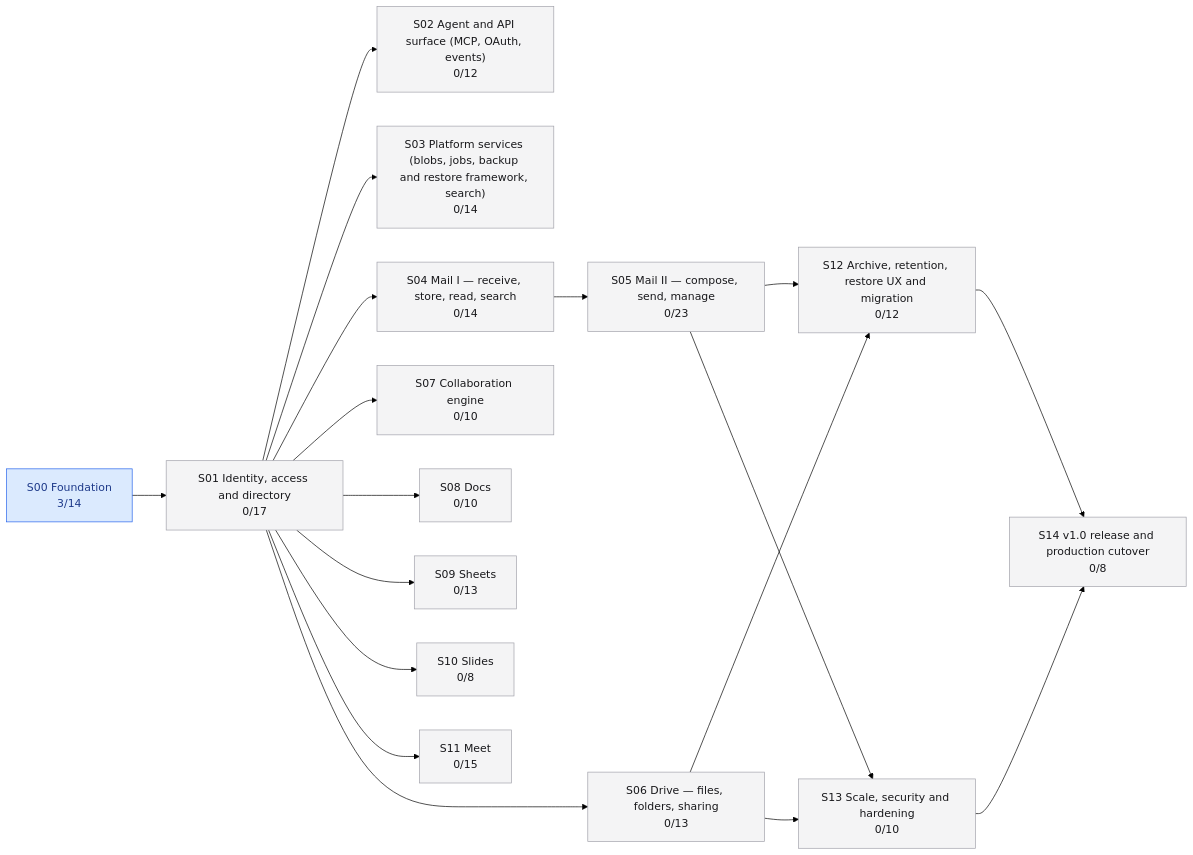
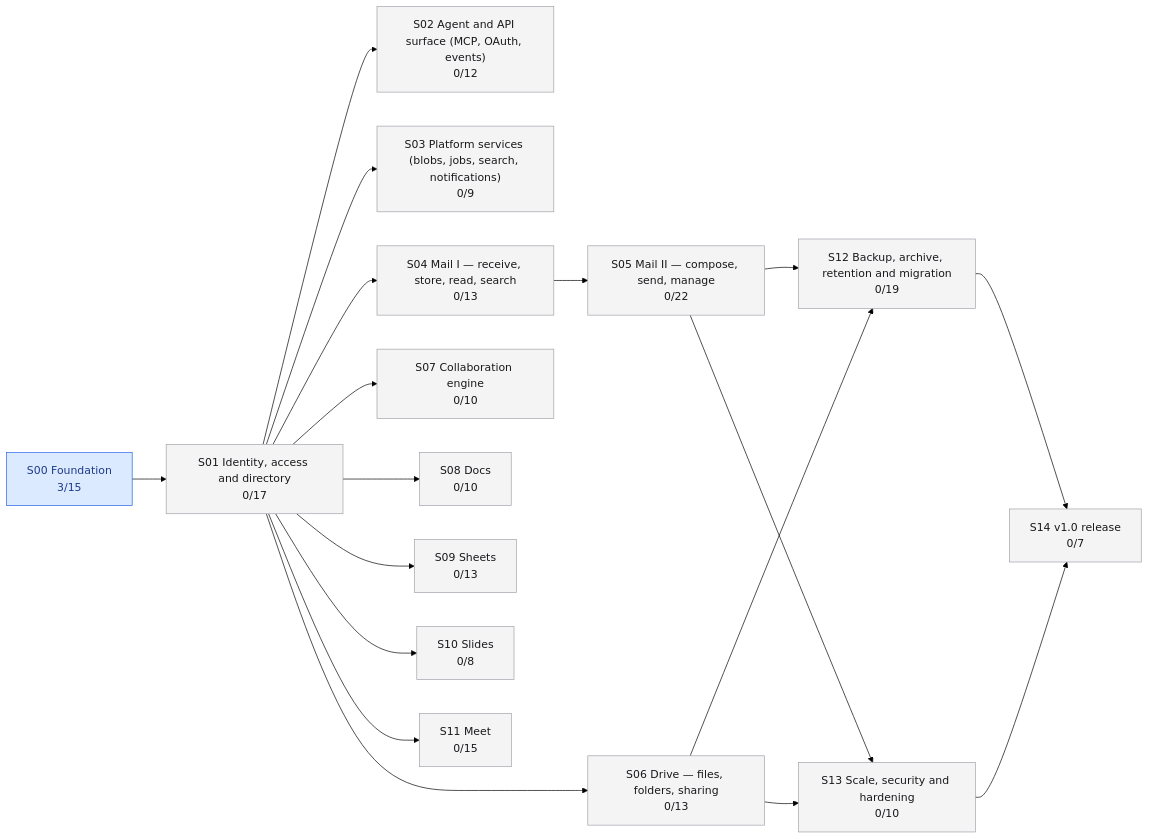
One commit to jaredwray/soldock changed the diagram in plan/STATUS.md. Above: the diagram before and after it, drawn with Mermaid (forest theme). The commit also changed other lines of this file and 42 other files, not shown here.

````diff
--- a/plan/STATUS.md
+++ b/plan/STATUS.md
@@ -51,38 +52,38 @@
 ```mermaid
 graph LR
-  S00["S00 Foundation<br/>3/14"]:::active
+  S00["S00 Foundation<br/>3/15"]:::active
   S01["S01 Identity, access and directory<br/>0/17"]:::planned
   S02["S02 Agent and API surface (MCP, OAuth, events)<br/>0/12"]:::planned
-  S03["S03 Platform services (blobs, jobs, backup and restore framework, search)<br/>0/14"]:::planned
-  S04["S04 Mail I — receive, store, read, search<br/>0/14"]:::planned
-  S05["S05 Mail II — compose, send, manage<br/>0/23"]:::planned
+  S03["S03 Platform services (blobs, jobs, search, notifications)<br/>0/9"]:::planned
+  S04["S04 Mail I — receive, store, read, search<br/>0/13"]:::planned
+  S05["S05 Mail II — compose, send, manage<br/>0/22"]:::planned
   S06["S06 Drive — files, folders, sharing<br/>0/13"]:::planned
   S07["S07 Collaboration engine<br/>0/10"]:::planned
   S08["S08 Docs<br/>0/10"]:::planned
   S09["S09 Sheets<br/>0/13"]:::planned
   S10["S10 Slides<br/>0/8"]:::planned
   S11["S11 Meet<br/>0/15"]:::planned
-  S12["S12 Archive, retention, restore UX and migration<br/>0/12"]:::planned
+  S12["S12 Backup, archive, retention and migration<br/>0/19"]:::planned
   S13["S13 Scale, security and hardening<br/>0/10"]:::planned
-  S14["S14 v1.0 release and production cutover<br/>0/8"]:::planned
+  S14["S14 v1.0 release<br/>0/7"]:::planned
   S00 --> S01
   S01 --> S02
   S01 --> S03
   S01 --> S04
   S04 --> S05
   S01 --> S06
   S01 --> S07
   S01 --> S08
   S01 --> S09
   S01 --> S10
   S01 --> S11
   S05 --> S12
   S06 --> S12
   S05 --> S13
   S06 --> S13
   S12 --> S14
   S13 --> S14
   classDef planned fill:#f4f4f5,stroke:#a1a1aa,color:#18181b
   classDef active fill:#dbeafe,stroke:#2563eb,color:#1e3a8a
   classDef done fill:#dcfce7,stroke:#16a34a,color:#14532d
 ```
````
